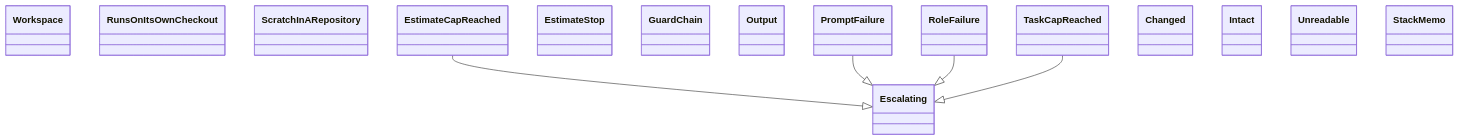
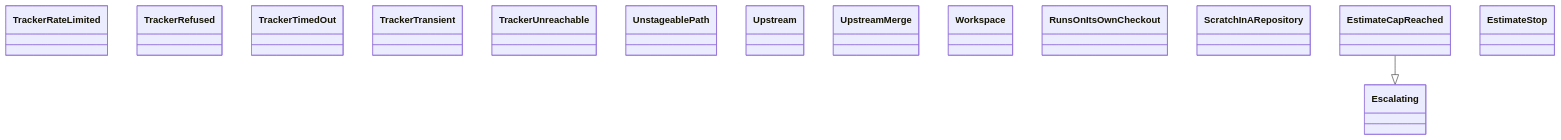
Before and after one commit to GonzaloZevallos/agentic-system: the diagram in docs/architecture/generated/classes-process-application-support-7.md, drawn with Mermaid. The commit also changed other lines of this file and 22 other files, not shown here.

Commit message:
Place the lesson decision module in the docs clusters and regenerate the architecture pages

````diff
--- a/docs/architecture/generated/classes-process-application-support-7.md
+++ b/docs/architecture/generated/classes-process-application-support-7.md
@@ -19,22 +20,18 @@
 ```mermaid
 classDiagram
+    class ports__TrackerRateLimited["TrackerRateLimited"]
+    class ports__TrackerRefused["TrackerRefused"]
+    class ports__TrackerTimedOut["TrackerTimedOut"]
+    class ports__TrackerTransient["TrackerTransient"]
+    class ports__TrackerUnreachable["TrackerUnreachable"]
+    class ports__UnstageablePath["UnstageablePath"]
+    class ports__Upstream["Upstream"]
+    class ports__UpstreamMerge["UpstreamMerge"]
     class ports__Workspace["Workspace"]
     class preflight__RunsOnItsOwnCheckout["RunsOnItsOwnCheckout"]
     class preflight__ScratchInARepository["ScratchInARepository"]
     class run_role__Escalating["Escalating"]
     class run_role__EstimateCapReached["EstimateCapReached"]
     class run_role__EstimateStop["EstimateStop"]
-    class run_role__GuardChain["GuardChain"]
-    class run_role__Output["Output"]
-    class run_role__PromptFailure["PromptFailure"]
-    class run_role__RoleFailure["RoleFailure"]
-    class run_role__TaskCapReached["TaskCapReached"]
-    class spec_guard__Changed["Changed"]
-    class spec_guard__Intact["Intact"]
-    class spec_guard__Unreadable["Unreadable"]
-    class stack_facts__StackMemo["StackMemo"]
     run_role__EstimateCapReached --|> run_role__Escalating
-    run_role__PromptFailure --|> run_role__Escalating
-    run_role__RoleFailure --|> run_role__Escalating
-    run_role__TaskCapReached --|> run_role__Escalating
 ```
````
